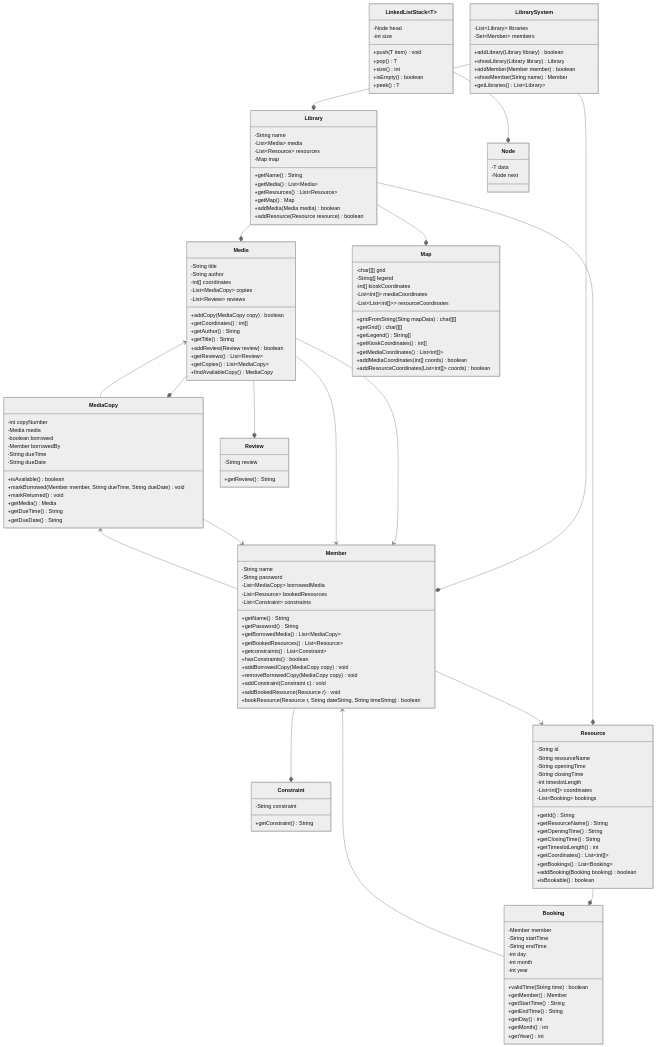
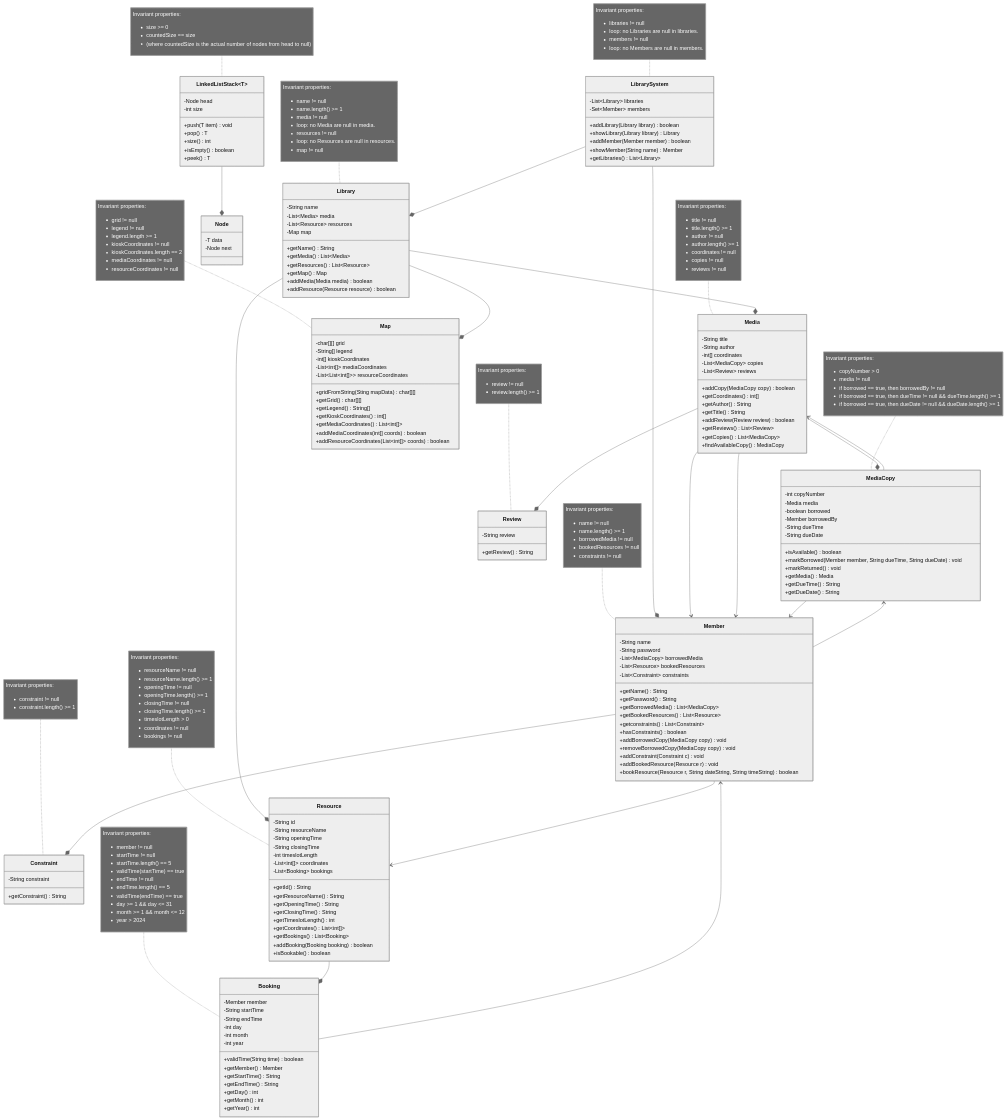
One commit to tsuki0272/Library_Manager_Project changed the sixth of 6 diagrams in README.md. Above: the diagram before and after it, drawn with Mermaid (neutral theme). The commit also changed 6 other files, not shown here.

````diff
--- a/README.md
+++ b/README.md
@@ -341,4 +341,137 @@
     MediaCopy --> Member
     
     LinkedListStack --* Node
+
+    note for LibrarySystem "Invariant properties:
+<ul>
+    <li>libraries != null
+    <li>loop: no Libraries are null in libraries.
+    
+    <li>members != null
+    <li>loop: no Members are null in members.
+</ul>"
+
+    note for Library "Invariant properties:
+<ul>
+    <li>name != null
+    <li>name.length() >= 1
+    
+    <li>media != null
+    <li>loop: no Media are null in media.
+    
+    <li>resources != null
+    <li>loop: no Resources are null in resources.
+    
+    <li>map != null
+</ul>"
+
+    note for Map "Invariant properties:
+<ul>
+    <li>grid != null
+    
+    <li>legend != null
+    <li>legend.length >= 1
+    
+    <li>kioskCoordinates != null
+    <li>kioskCoordinates.length == 2
+    
+    <li>mediaCoordinates != null
+    
+    <li>resourceCoordinates != null
+</ul>"
+
+    note for Member "Invariant properties:
+<ul>
+    <li>name != null
+    <li>name.length() >= 1
+    
+    <li>borrowedMedia != null
+    
+    <li>bookedResources != null
+    
+    <li>constraints != null
+</ul>"
+
+    note for Media "Invariant properties:
+<ul>
+    <li>title != null
+    <li>title.length() >= 1
+    
+    <li>author != null
+    <li>author.length() >= 1
+    
+    <li>coordinates != null
+    
+    <li>copies != null
+    
+    <li>reviews != null
+</ul>"
+
+    note for MediaCopy "Invariant properties:
+<ul>
+    <li>copyNumber > 0
+    
+    <li>media != null
+    
+    <li>if borrowed == true, then borrowedBy != null
+    <li>if borrowed == true, then dueTime != null && dueTime.length() >= 1
+    <li>if borrowed == true, then dueDate != null && dueDate.length() >= 1
+</ul>"
+
+    note for Review "Invariant properties:
+<ul>
+    <li>review != null
+    <li>review.length() >= 1
+</ul>"
+
+    note for Constraint "Invariant properties:
+<ul>
+    <li>constraint != null
+    <li>constraint.length() >= 1
+</ul>"
+
+    note for Resource "Invariant properties:
+<ul>
+    <li>resourceName != null
+    <li>resourceName.length() >= 1
+    
+    <li>openingTime != null
+    <li>openingTime.length() >= 1
+    
+    <li>closingTime != null
+    <li>closingTime.length() >= 1
+    
+    <li>timeslotLength > 0
+    
+    <li>coordinates != null
+    
+    <li>bookings != null
+</ul>"
+
+    note for Booking "Invariant properties:
+<ul>
+    <li>member != null
+    
+    <li>startTime != null
+    <li>startTime.length() == 5
+    <li>validTime(startTime) == true
+    
+    <li>endTime != null
+    <li>endTime.length() == 5
+    <li>validTime(endTime) == true
+    
+    <li>day >= 1 && day <= 31
+    
+    <li>month >= 1 && month <= 12
+    
+    <li>year > 2024
+</ul>"
+
+    note for LinkedListStack "Invariant properties:
+<ul>
+    <li>size >= 0
+    
+    <li>countedSize == size
+    <li>(where countedSize is the actual number of nodes from head to null)
+</ul>"
 ```
````
